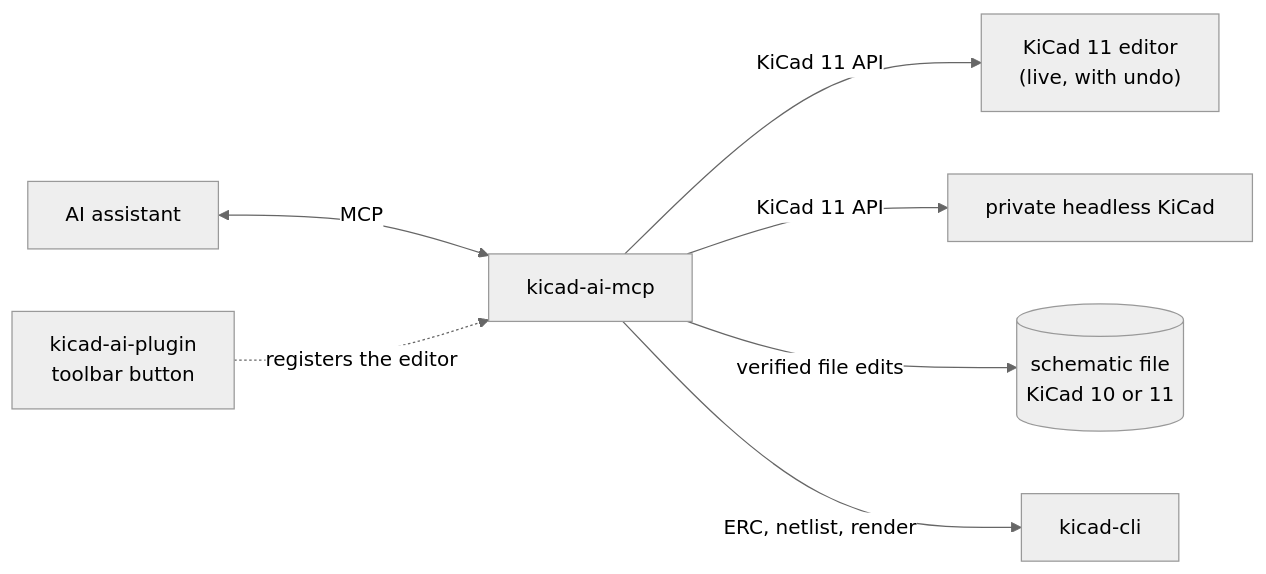
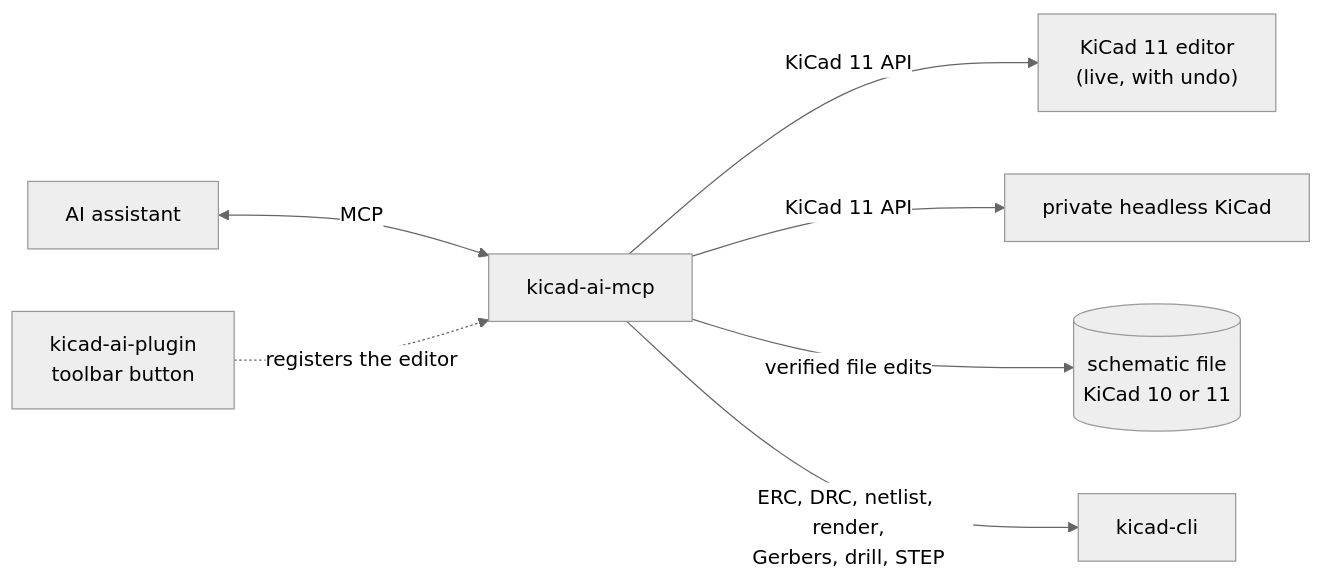
The diagram in README.md (bkrajendra/thingsvu-tools), drawn with Mermaid (neutral theme) before and after one commit. The commit also changed other lines of this file and 25 other files, not shown here.

````diff
--- a/README.md
+++ b/README.md
@@ -295,9 +311,9 @@
 ```mermaid
 flowchart LR
     A["AI assistant"] <-->|MCP| S["kicad-ai-mcp"]
     S -->|"KiCad 11 API"| G["KiCad 11 editor<br/>(live, with undo)"]
     S -->|"KiCad 11 API"| H["private headless KiCad"]
     S -->|"verified file edits"| F[("schematic file<br/>KiCad 10 or 11")]
     P["kicad-ai-plugin<br/>toolbar button"] -.->|"registers the editor"| S
-    S -->|"ERC, netlist, render"| C["kicad-cli"]
+    S -->|"ERC, DRC, netlist, render,<br/>Gerbers, drill, STEP"| C["kicad-cli"]
 ```
````
